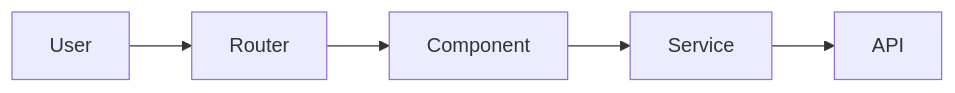
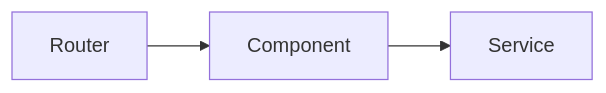
The diagram in Markdown Files/UNIT-1/1.1.1-brief-recap-of-angular-17-core-concepts-components-services-routing.md (NehalPatel/603-01-Fundamentals-of-Full-Stack-Web-Development), drawn with Mermaid before and after one commit. The commit also changed other lines of this file and 35 other files, not shown here.

````diff
--- a/Markdown Files/UNIT-1/1.1.1-brief-recap-of-angular-17-core-concepts-components-services-routing.md
+++ b/Markdown Files/UNIT-1/1.1.1-brief-recap-of-angular-17-core-concepts-components-services-routing.md
@@ -126,4 +141,5 @@
 ```mermaid
 flowchart LR
-  User-->Router-->Component-->Service-->API
+  R[Router] --> C[Component]
+  C --> S[Service]
 ```
````
